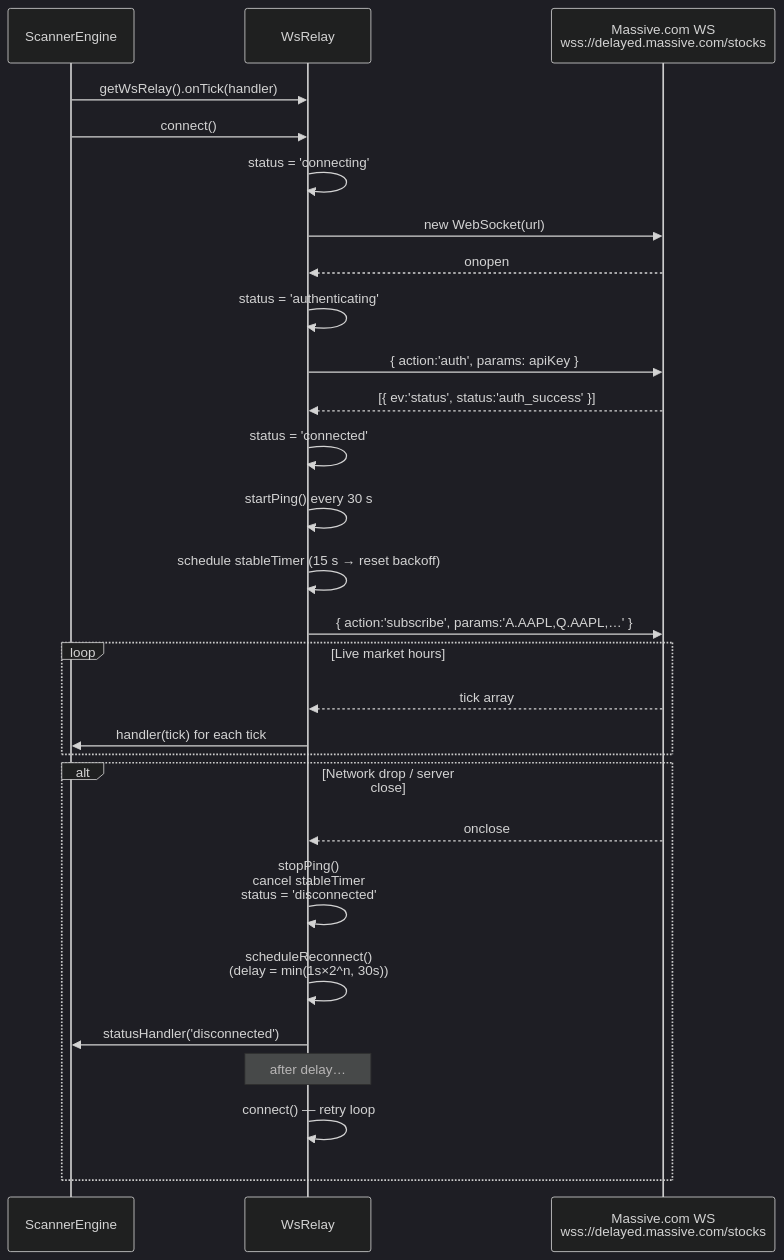
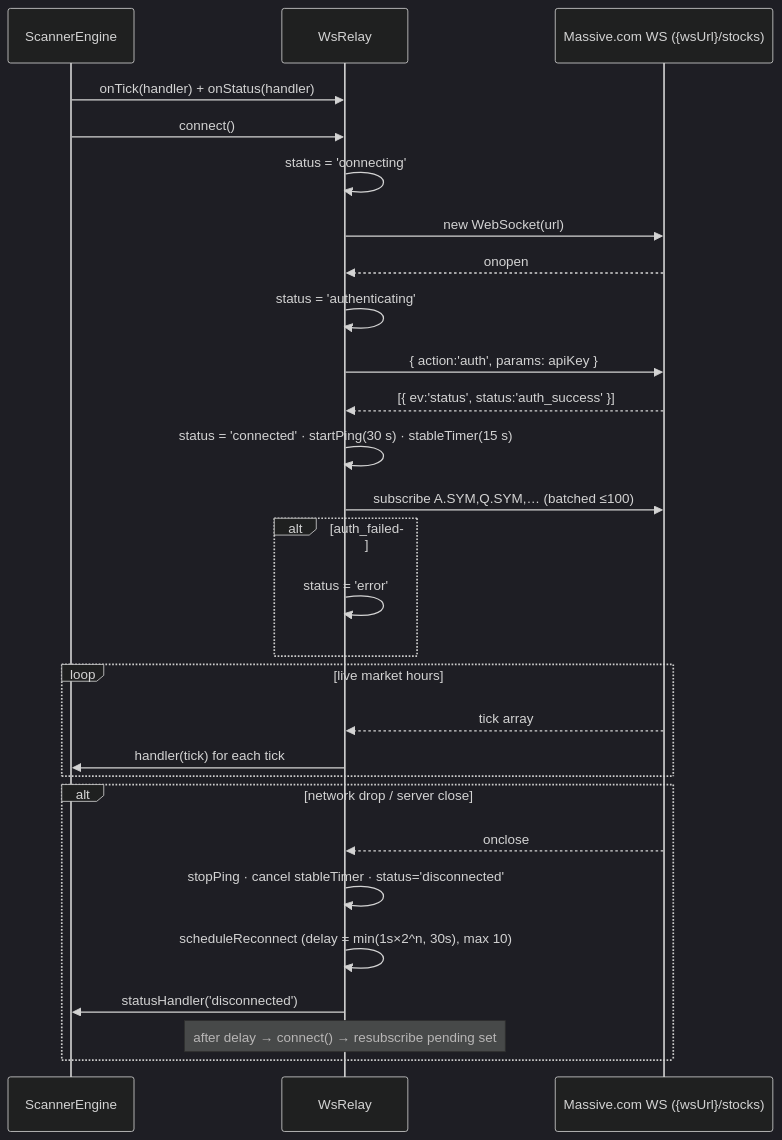
Before and after one commit to GerritKnoetze/pulse-trader: the fourth of 4 diagrams in docs/DATA_ARCHITECTURE.md, drawn with Mermaid (dark theme). The commit also changed other lines of this file and 3 other files, not shown here.

Commit message:
docs: rewrite data architecture doc

````diff
--- a/docs/DATA_ARCHITECTURE.md
+++ b/docs/DATA_ARCHITECTURE.md
@@ -907,33 +1008,33 @@
 ```mermaid
 sequenceDiagram
     participant SE as ScannerEngine
     participant WS as WsRelay
-    participant MassWS as Massive.com WS<br/>wss://delayed.massive.com/stocks
+    participant MassWS as Massive.com WS ({wsUrl}/stocks)
 
-    SE->>WS: getWsRelay().onTick(handler)
+    SE->>WS: onTick(handler) + onStatus(handler)
     SE->>WS: connect()
     WS->>WS: status = 'connecting'
     WS->>MassWS: new WebSocket(url)
     MassWS-->>WS: onopen
     WS->>WS: status = 'authenticating'
     WS->>MassWS: { action:'auth', params: apiKey }
     MassWS-->>WS: [{ ev:'status', status:'auth_success' }]
-    WS->>WS: status = 'connected'
-    WS->>WS: startPing() every 30 s
-    WS->>WS: schedule stableTimer (15 s → reset backoff)
-    WS->>MassWS: { action:'subscribe', params:'A.AAPL,Q.AAPL,…' }
+    WS->>WS: status = 'connected' · startPing(30 s) · stableTimer(15 s)
+    WS->>MassWS: subscribe A.SYM,Q.SYM,… (batched ≤100)
+    alt auth_failed
+        WS->>WS: status = 'error'
+    end
 
-    loop Live market hours
+    loop live market hours
         MassWS-->>WS: tick array
         WS->>SE: handler(tick) for each tick
     end
 
-    alt Network drop / server close
+    alt network drop / server close
         MassWS-->>WS: onclose
-        WS->>WS: stopPing()<br/>cancel stableTimer<br/>status = 'disconnected'
-        WS->>WS: scheduleReconnect()<br/>(delay = min(1s×2^n, 30s))
+        WS->>WS: stopPing · cancel stableTimer · status='disconnected'
+        WS->>WS: scheduleReconnect (delay = min(1s×2^n, 30s), max 10)
         WS->>SE: statusHandler('disconnected')
-        Note over WS: after delay…
-        WS->>WS: connect() — retry loop
+        Note over WS: after delay → connect() → resubscribe pending set
     end
 ```
````
